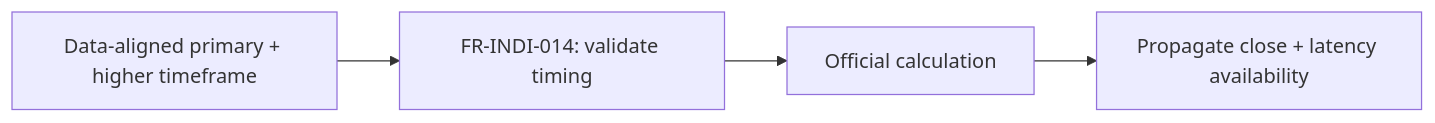
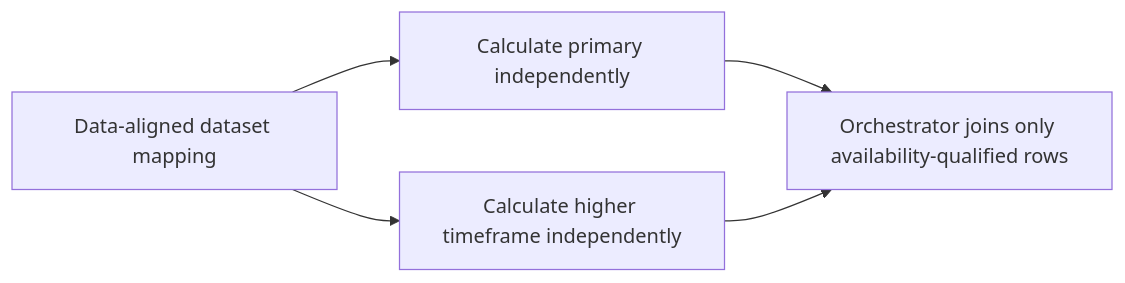
Before and after one commit to haruperi/HaruQuantAI: the sixth of 7 diagrams in app/services/indicators/README.md, drawn with Mermaid. The commit also changed other lines of this file and 9 other files, not shown here.

````diff
--- a/app/services/indicators/README.md
+++ b/app/services/indicators/README.md
@@ -314,8 +410,9 @@
 ```mermaid
 flowchart LR
-    A[Data-aligned primary + higher timeframe]
-    B["FR-INDI-014: validate timing"]
-    C[Official calculation]
-    D[Propagate close + latency availability]
-    A --> B --> C --> D
+    A[Data-aligned dataset mapping]
+    B[Calculate primary independently]
+    C[Calculate higher timeframe independently]
+    D[Orchestrator joins only availability-qualified rows]
+    A --> B --> D
+    A --> C --> D
 ```
````
